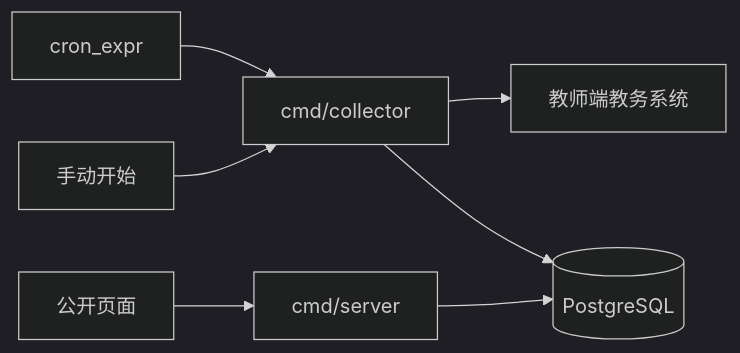
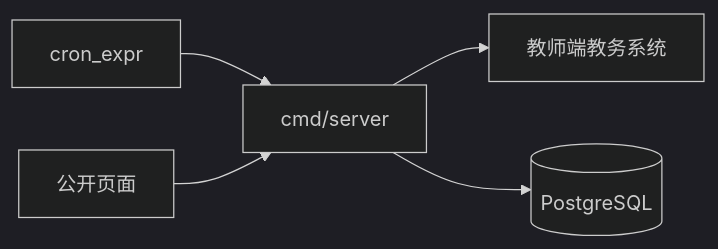
The diagram in specs/collector-full-sync/design.md (w1ndys/easy-qfnu-kjs), drawn with Mermaid (dark theme) before and after one commit. The commit also changed other lines of this file and 11 other files, not shown here.

````diff
--- a/specs/collector-full-sync/design.md
+++ b/specs/collector-full-sync/design.md
@@ -19,9 +19,7 @@
 ```mermaid
 flowchart LR
-  cron[cron_expr] --> collector[cmd/collector]
-  admin[手动开始] --> collector
-  collector --> upstream[教师端教务系统]
-  collector --> db[(PostgreSQL)]
-  query[cmd/server] --> db
-  web[公开页面] --> query
+  cron[cron_expr] --> app[cmd/server]
+  app --> upstream[教师端教务系统]
+  app --> db[(PostgreSQL)]
+  web[公开页面] --> app
 ```
````
